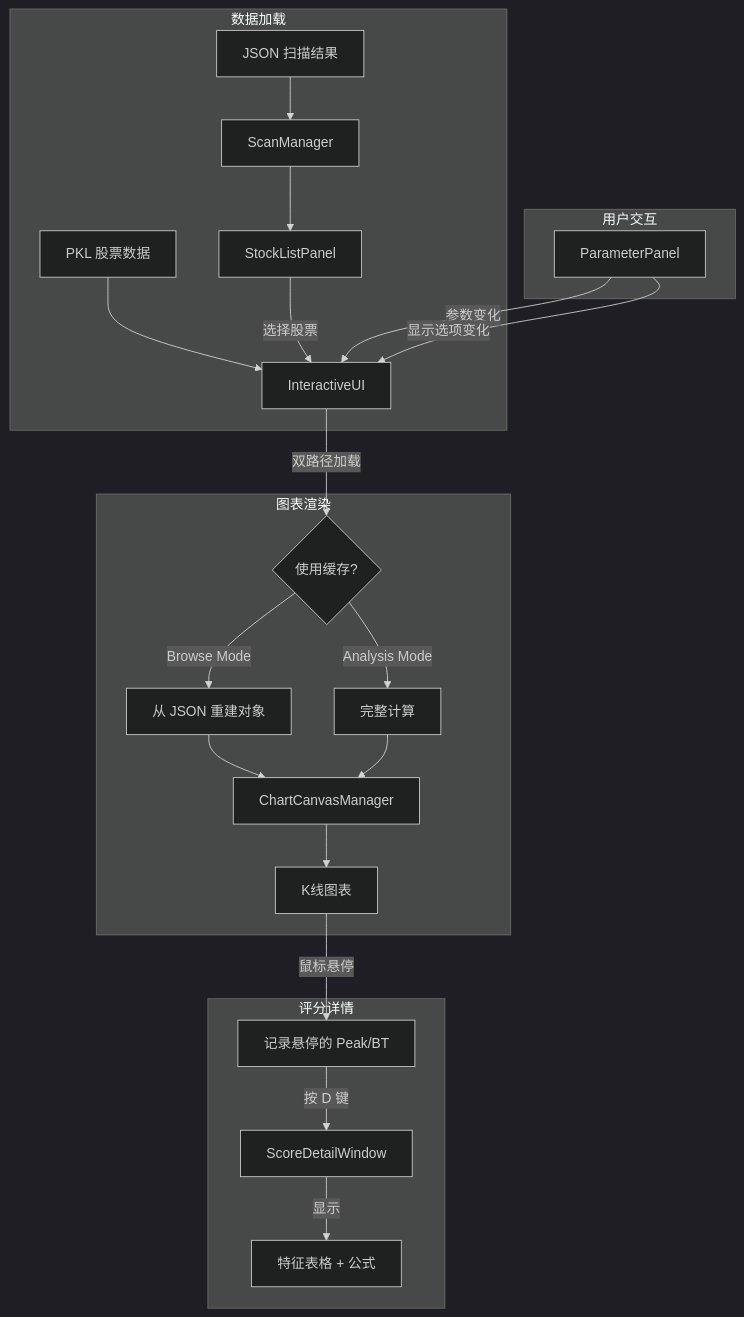
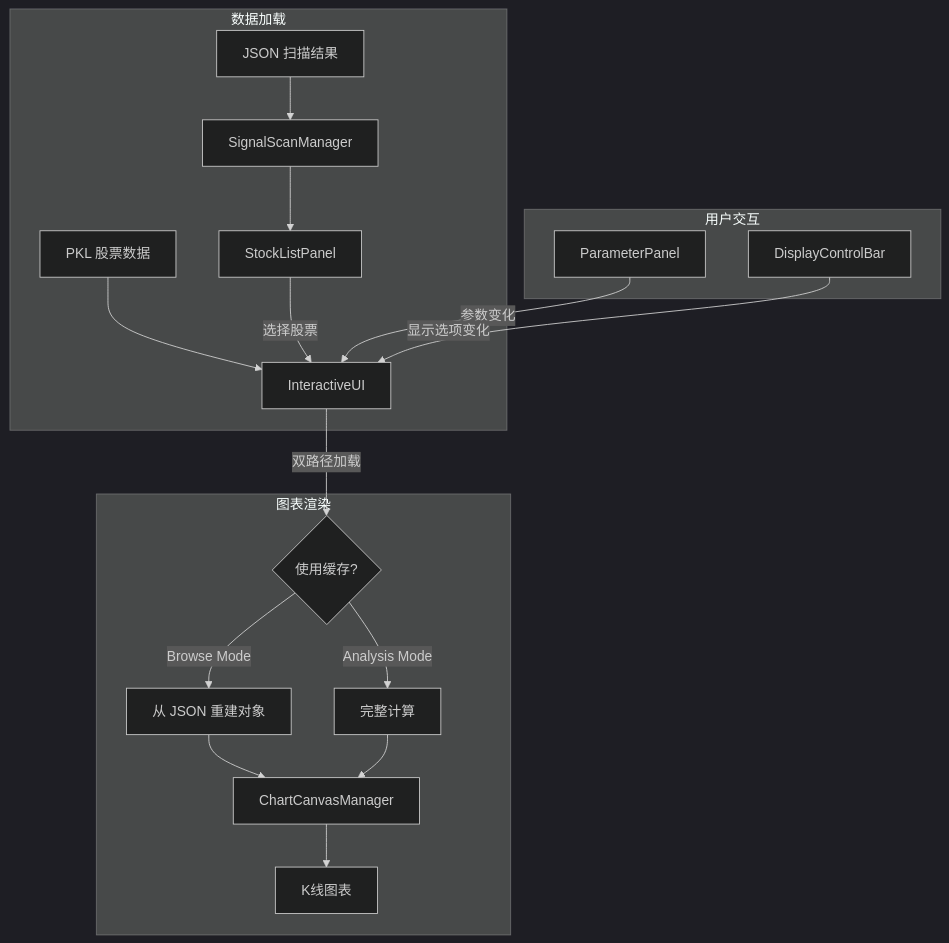
The second of 3 diagrams in docs/modules/specs/12_交互式UI_IMPL.md (ufgtb24/Trade_Strategy), drawn with Mermaid (dark theme) before and after one commit. The commit also changed other lines of this file and 267 other files, not shown here.

````diff
--- a/docs/modules/specs/12_交互式UI_IMPL.md
+++ b/docs/modules/specs/12_交互式UI_IMPL.md
@@ -96,29 +101,23 @@
 ```mermaid
 flowchart TD
     subgraph 数据加载
-        JSON[JSON 扫描结果] --> ScanMgr[ScanManager]
+        JSON[JSON 扫描结果] --> ScanMgr[SignalScanManager]
         ScanMgr --> StockList[StockListPanel]
         PKL[PKL 股票数据] --> Main[InteractiveUI]
     end
 
     subgraph 用户交互
         StockList -->|选择股票| Main
         ParamPanel[ParameterPanel] -->|参数变化| Main
-        ParamPanel -->|显示选项变化| Main
+        DisplayBar[DisplayControlBar] -->|显示选项变化| Main
     end
 
     subgraph 图表渲染
         Main -->|双路径加载| Decision{使用缓存?}
         Decision -->|Browse Mode| JSONCache[从 JSON 重建对象]
         Decision -->|Analysis Mode| FullComp[完整计算]
         JSONCache --> ChartMgr[ChartCanvasManager]
         FullComp --> ChartMgr
         ChartMgr --> Canvas[K线图表]
     end
-
-    subgraph 评分详情
-        Canvas -->|鼠标悬停| HoverState[记录悬停的 Peak/BT]
-        HoverState -->|按 D 键| ScoreWindow[ScoreDetailWindow]
-        ScoreWindow -->|显示| DetailTable[特征表格 + 公式]
-    end
 ```
````
